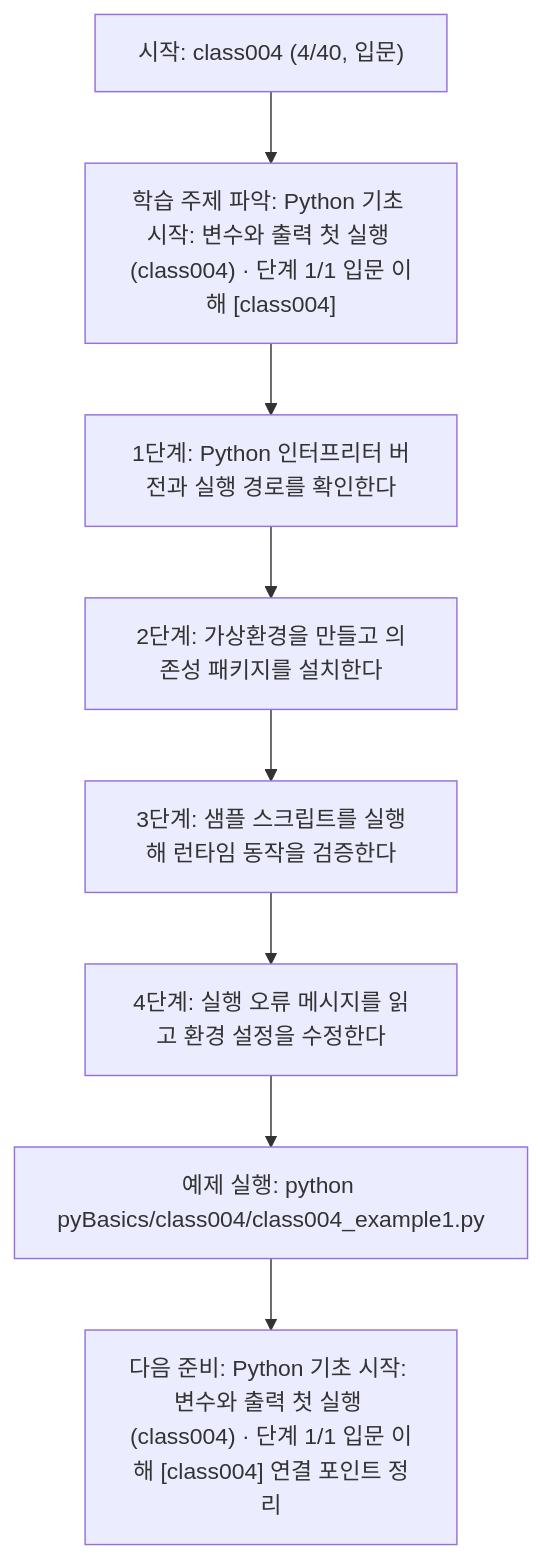
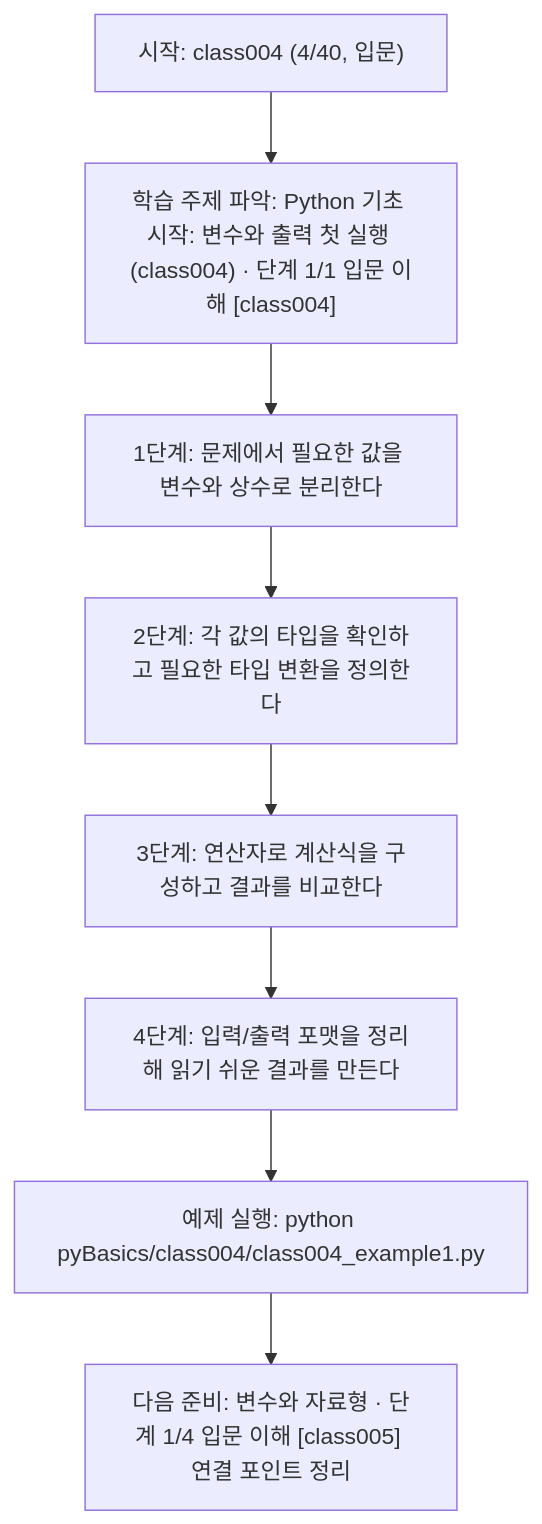
The diagram in pyBasics/class004/class004.md (edumgt/Python-AI_Agent-Class), drawn with Mermaid before and after one commit. The commit also changed other lines of this file and 2370 other files, not shown here.

````diff
--- a/pyBasics/class004/class004.md
+++ b/pyBasics/class004/class004.md
@@ -110,18 +91,18 @@
 ```mermaid
 flowchart TD
 N1["시작: class004 (4/40, 입문)"]
 N2["학습 주제 파악: Python 기초 시작: 변수와 출력 첫 실행 (class004) · 단계 1/1 입문 이해 [class004]"]
-N3["1단계: Python 인터프리터 버전과 실행 경로를 확인한다"]
-N4["2단계: 가상환경을 만들고 의존성 패키지를 설치한다"]
-N5["3단계: 샘플 스크립트를 실행해 런타임 동작을 검증한다"]
-N6["4단계: 실행 오류 메시지를 읽고 환경 설정을 수정한다"]
+N3["1단계: 문제에서 필요한 값을 변수와 상수로 분리한다"]
+N4["2단계: 각 값의 타입을 확인하고 필요한 타입 변환을 정의한다"]
+N5["3단계: 연산자로 계산식을 구성하고 결과를 비교한다"]
+N6["4단계: 입력/출력 포맷을 정리해 읽기 쉬운 결과를 만든다"]
 N7["예제 실행: python pyBasics/class004/class004_example1.py"]
-N8["다음 준비: Python 기초 시작: 변수와 출력 첫 실행 (class004) · 단계 1/1 입문 이해 [class004] 연결 포인트 정리"]
+N8["다음 준비: 변수와 자료형 · 단계 1/4 입문 이해 [class005] 연결 포인트 정리"]
 N1 --> N2
 N2 --> N3
 N3 --> N4
 N4 --> N5
 N5 --> N6
 N6 --> N7
 N7 --> N8
 ```
````
